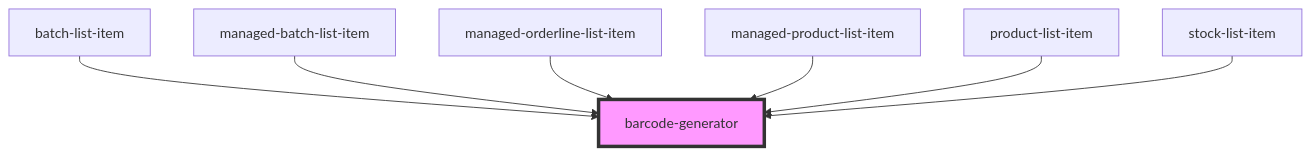
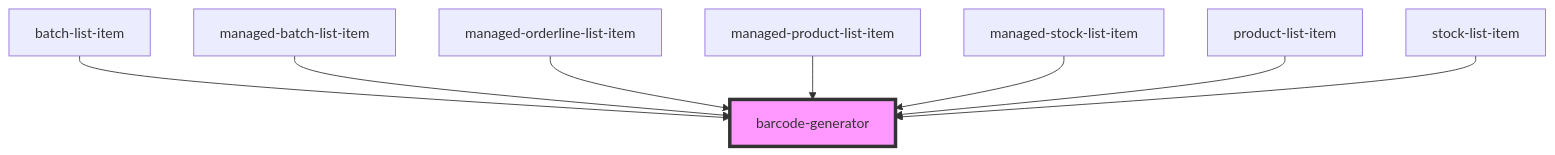
Before and after one commit to PharmaLedger-IMI/fgt-workspace: the diagram in pdm-web-components/src/components/barcode-generator/readme.md, drawn with Mermaid. The commit also changed other lines of this file and 23 other files, not shown here.

````diff
--- a/pdm-web-components/src/components/barcode-generator/readme.md
+++ b/pdm-web-components/src/components/barcode-generator/readme.md
@@ -32,10 +33,11 @@
 ```mermaid
 graph TD;
   batch-list-item --> barcode-generator
   managed-batch-list-item --> barcode-generator
   managed-orderline-list-item --> barcode-generator
   managed-product-list-item --> barcode-generator
+  managed-stock-list-item --> barcode-generator
   product-list-item --> barcode-generator
   stock-list-item --> barcode-generator
   style barcode-generator fill:#f9f,stroke:#333,stroke-width:4px
 ```
````
